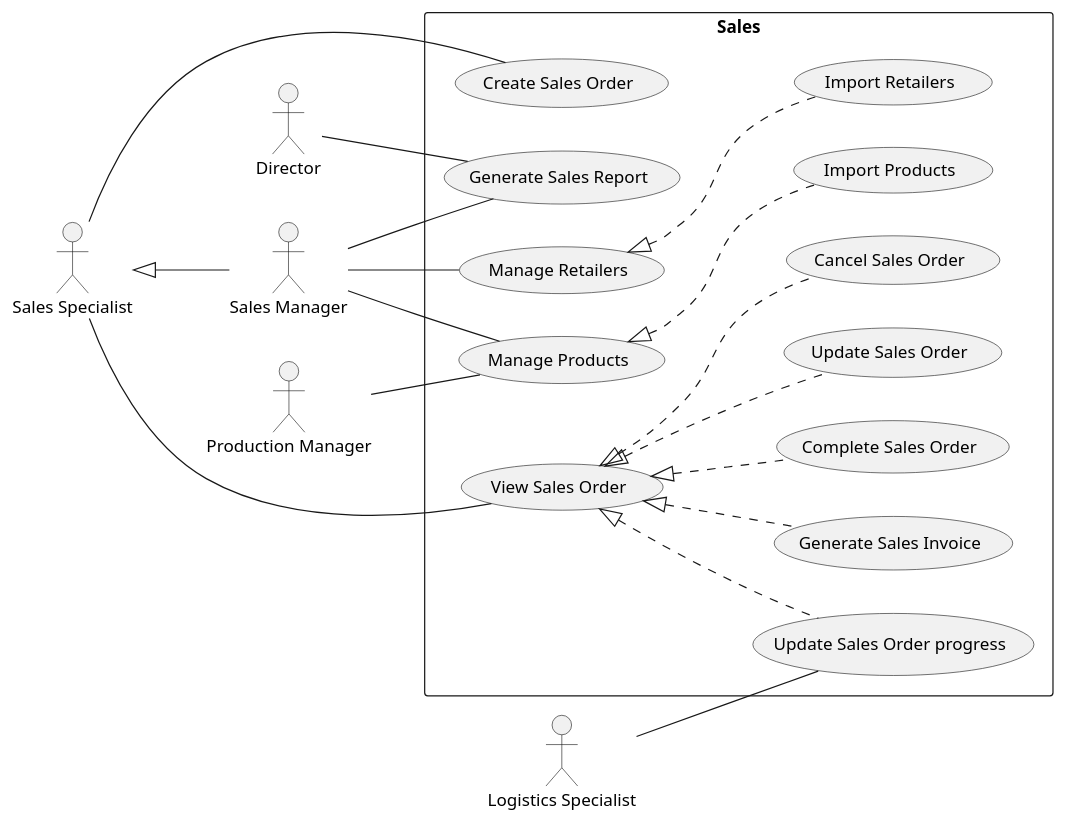
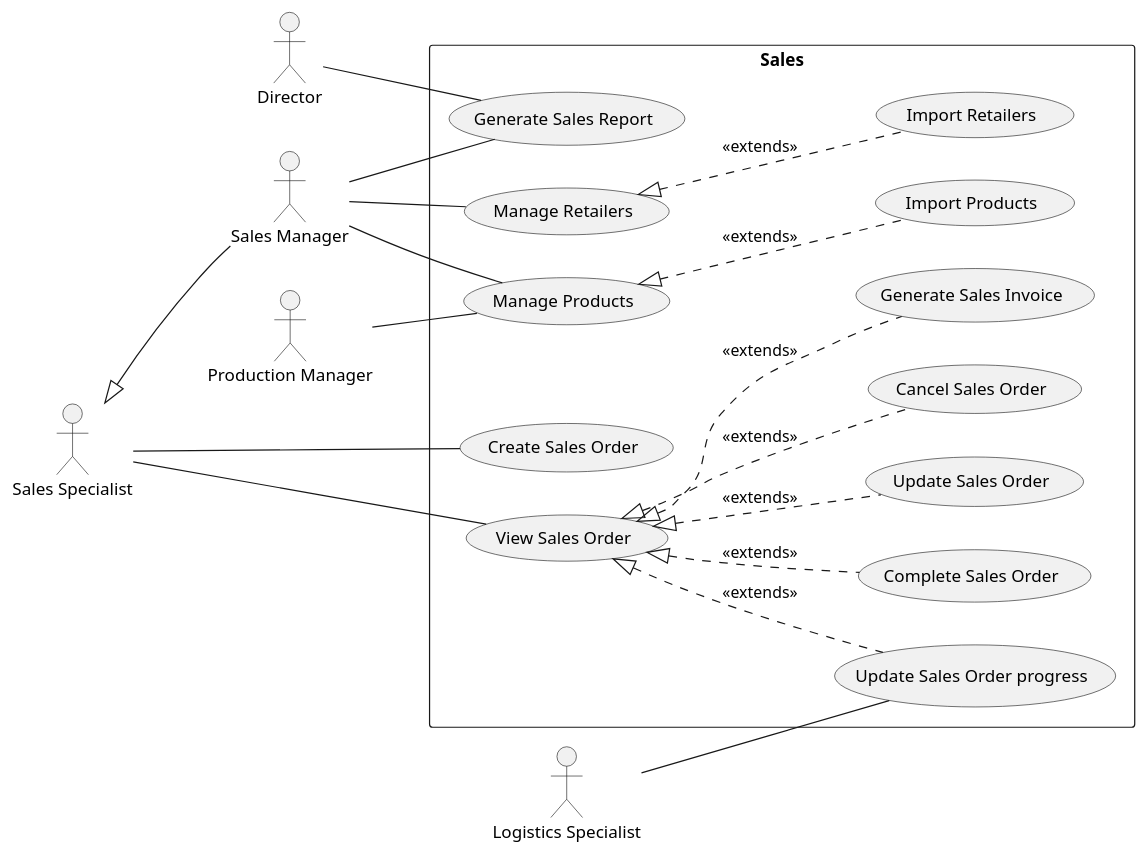
One commit to phihungha/scmss-reqs changed the diagram in use-cases/sales.plantuml. Above: the diagram before and after it, drawn with PlantUML. The commit also changed 9 other files, not shown here.

```diff
--- a/use-cases/sales.plantuml
+++ b/use-cases/sales.plantuml
@@ -1,32 +1,32 @@
 @startuml sales
 left to right direction
 
 :Director: as d
 
 :Production Manager: as pm
 
 :Sales Specialist: as s
 :Sales Manager: as sm
 s <|-- sm
 
 :Logistics Specialist: as ls
 
 rectangle Sales {
     s -- (Create Sales Order)
     s -- (View Sales Order)
-    (View Sales Order) <|.. (Update Sales Order)
-    (View Sales Order) <|.. (Update Sales Order progress)
-    (View Sales Order) <|.. (Cancel Sales Order)
+    (View Sales Order) <|.. (Update Sales Order) : <<extends>>
+    (View Sales Order) <|.. (Update Sales Order progress) : <<extends>>
+    (View Sales Order) <|.. (Cancel Sales Order) : <<extends>>
     ls -- (Update Sales Order progress)
-    (View Sales Order) <|.. (Generate Sales Invoice)
-    (View Sales Order) <|.. (Complete Sales Order)
+    (View Sales Order) <|.. (Generate Sales Invoice) : <<extends>>
+    (View Sales Order) <|.. (Complete Sales Order) : <<extends>>
 
     sm -- (Generate Sales Report)
     d -- (Generate Sales Report)
     pm -- (Manage Products)
     sm -- (Manage Products)
-    (Manage Products) <|.. (Import Products)
+    (Manage Products) <|.. (Import Products) : <<extends>>
     sm -- (Manage Retailers)
-    (Manage Retailers) <|.. (Import Retailers)
+    (Manage Retailers) <|.. (Import Retailers) : <<extends>>
 }
 @enduml
```
